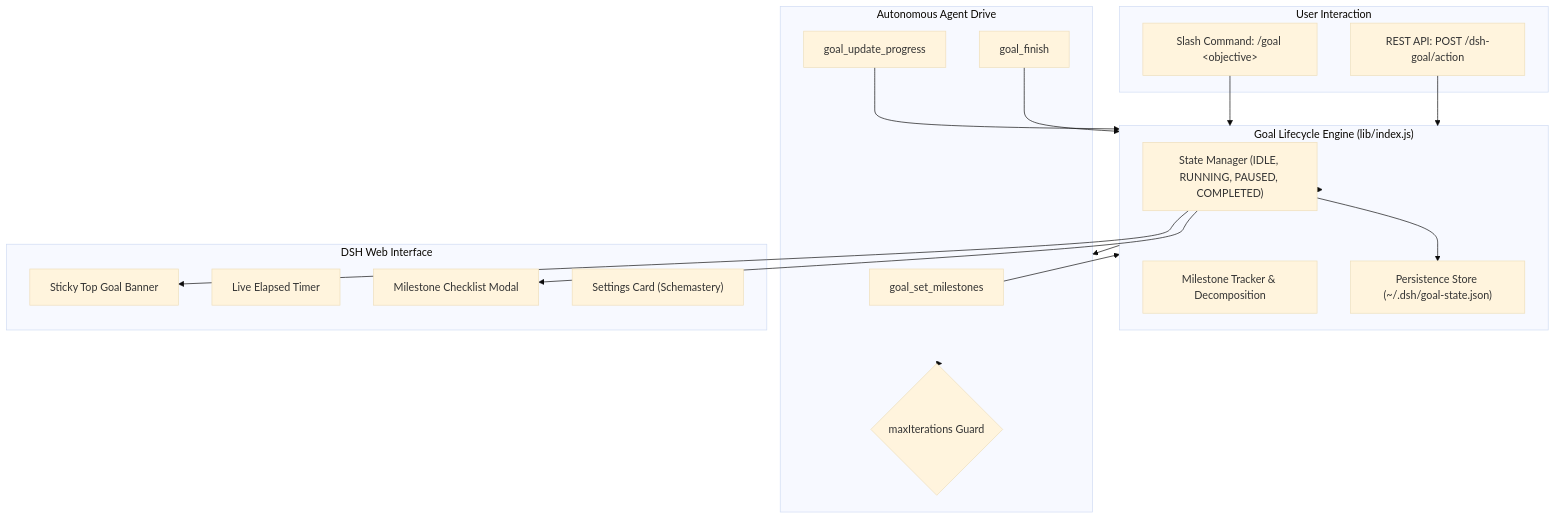
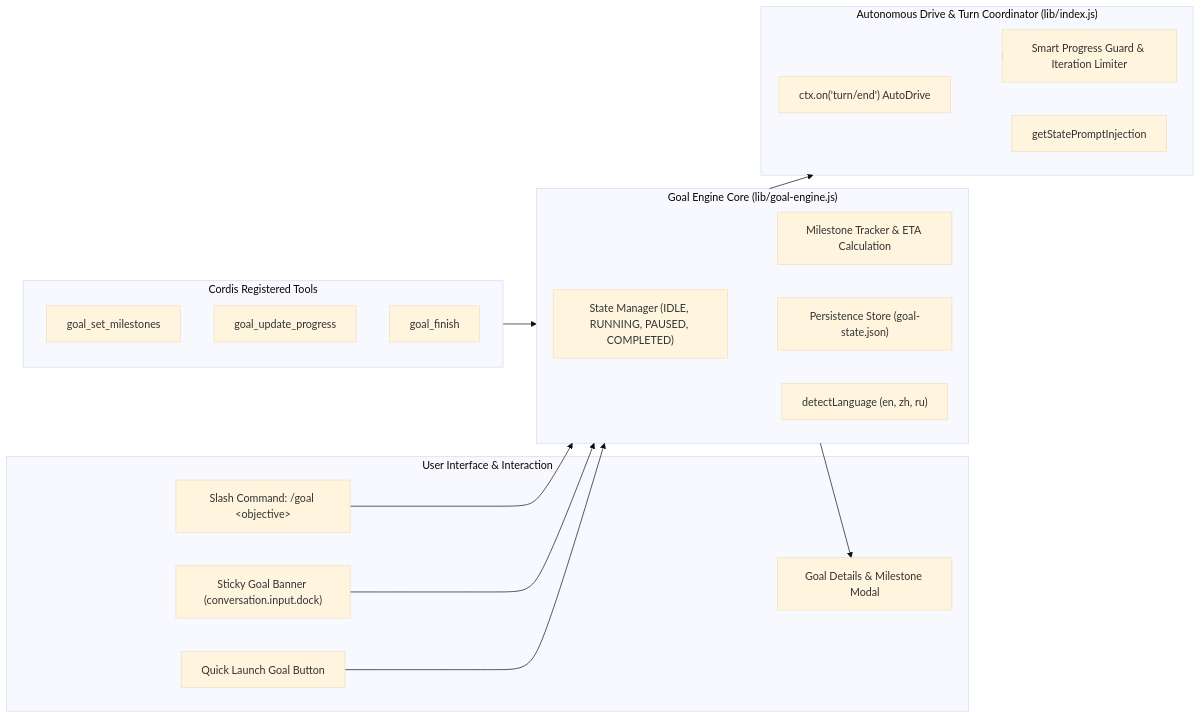
Before and after one commit to GooDAnDReaDY/dsh-goal: the diagram in README.md, drawn with Mermaid (base theme). The commit also changed other lines of this file and 8 other files, not shown here.

First line of the commit message:
fix(i18n): adapt goal prompts and UI language to detected goal/DSH locale (#38) (#39)

````diff
--- a/README.md
+++ b/README.md
@@ -44,39 +60,38 @@
 ```mermaid
-graph TD
-    subgraph Input ["User Interaction"]
+graph LR
+    subgraph UserInterface ["User Interface & Interaction"]
         Cmd["Slash Command: /goal &lt;objective&gt;"]
-        API["REST API: POST /dsh-goal/action"]
+        Dock["Sticky Goal Banner (conversation.input.dock)"]
+        Modal["Goal Details & Milestone Modal"]
+        QuickLaunch["Quick Launch Goal Button"]
     end
 
-    subgraph GoalEngine ["Goal Lifecycle Engine (lib/index.js)"]
+    subgraph GoalEngineCore ["Goal Engine Core (lib/goal-engine.js)"]
         State["State Manager (IDLE, RUNNING, PAUSED, COMPLETED)"]
-        Milestones["Milestone Tracker & Decomposition"]
-        Disk["Persistence Store (~/.dsh/goal-state.json)"]
+        Milestones["Milestone Tracker & ETA Calculation"]
+        DiskStore["Persistence Store (goal-state.json)"]
+        LangDetector["detectLanguage (en, zh, ru)"]
     end
 
-    subgraph AgentLoop ["Autonomous Agent Drive"]
+    subgraph AutonomousLoop ["Autonomous Drive & Turn Coordinator (lib/index.js)"]
+        TurnHook["ctx.on('turn/end') AutoDrive"]
+        Guard["Smart Progress Guard & Iteration Limiter"]
+        PromptInject["getStatePromptInjection"]
+    end
+
+    subgraph AgentTools ["Cordis Registered Tools"]
         ToolSet["goal_set_milestones"]
         ToolProgress["goal_update_progress"]
         ToolFinish["goal_finish"]
-        LimitGuard{"maxIterations Guard"}
     end
 
-    subgraph UI ["DSH Web Interface"]
-        Banner["Sticky Top Goal Banner"]
-        Timer["Live Elapsed Timer"]
-        Drawer["Milestone Checklist Modal"]
-        Settings["Settings Card (Schemastery)"]
-    end
-
-    Cmd --> GoalEngine
-    API --> GoalEngine
-    GoalEngine --> State
-    State --> Disk
-    State --> Banner
-    State --> Drawer
-    GoalEngine --> AgentLoop
-    AgentLoop --> LimitGuard
-    ToolSet --> GoalEngine
-    ToolProgress --> GoalEngine
-    ToolFinish --> GoalEngine
+    Cmd --> GoalEngineCore
+    Dock --> GoalEngineCore
+    QuickLaunch --> GoalEngineCore
+    GoalEngineCore --> DiskStore
+    GoalEngineCore --> AutonomousLoop
+    AutonomousLoop --> PromptInject
+    GoalEngineCore --> Modal
+    AgentTools --> GoalEngineCore
+    AutonomousLoop --> Guard
 ```
````
